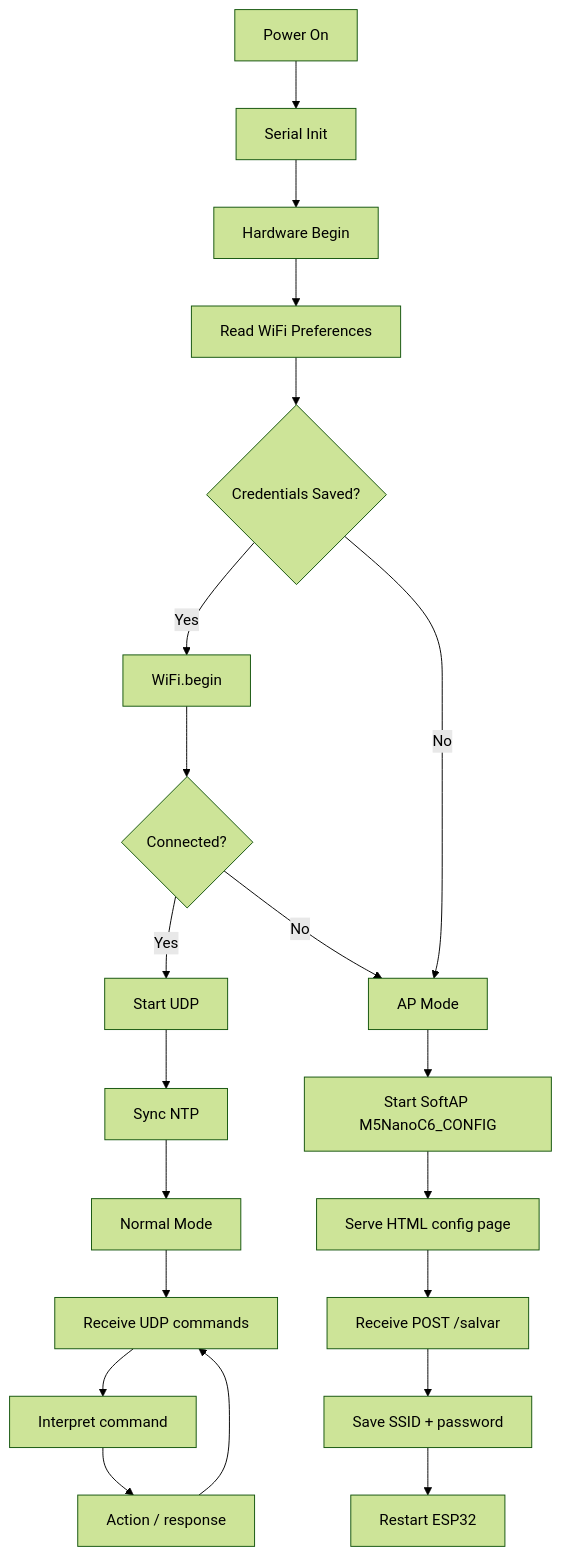
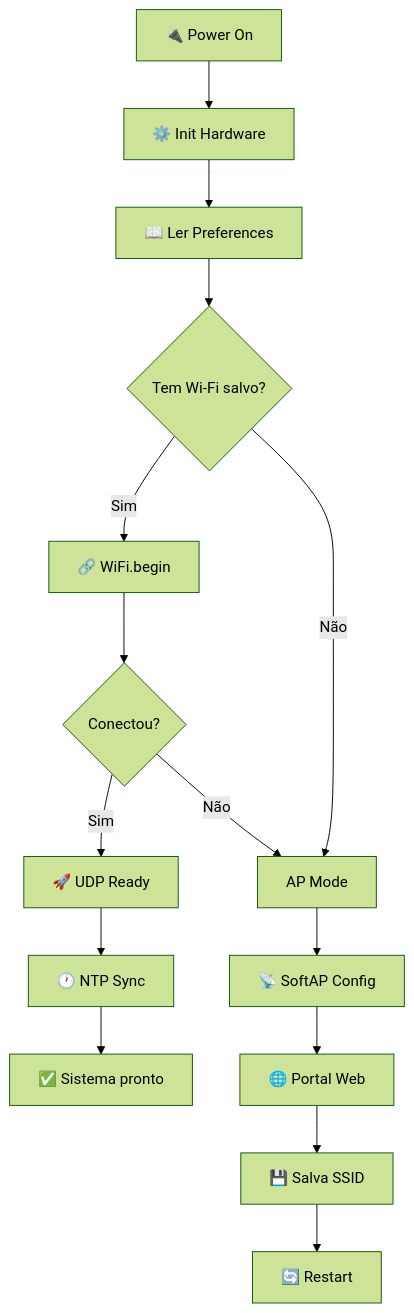
Before and after one commit to paulocfmarques-collab/M5NanoC6_wifi: the diagram in README.md, drawn with Mermaid (forest theme). The commit also changed other lines of this file, not shown here.

````diff
--- a/README.md
+++ b/README.md
@@ -61,28 +244,20 @@
 ```mermaid
-flowchart TD
-    A[Power On] --> B[Serial Init]
-    B --> C[Hardware Begin]
-    C --> D[Read WiFi Preferences]
-    D --> E{Credentials Saved?}
-
-    E -->|Yes| F[WiFi.begin]
-    F --> G{Connected?}
-    G -->|Yes| H[Start UDP]
-    H --> I[Sync NTP]
-    I --> J[Normal Mode]
-
-    G -->|No| K[AP Mode]
-
-    E -->|No| K
-
-    K --> L[Start SoftAP M5NanoC6_CONFIG]
-    L --> M[Serve HTML config page]
-    M --> N[Receive POST /salvar]
-    N --> O[Save SSID + password]
-    O --> P[Restart ESP32]
-
-    J --> Q[Receive UDP commands]
-    Q --> R[Interpret command]
-    R --> S[Action / response]
-    S --> Q
+graph TD
+    A["🔌 Power On"] --> B["⚙️ Init Hardware"]
+    B --> C["📖 Ler Preferences"]
+    C --> D{"Tem Wi-Fi salvo?"}
+    
+    D -->|Sim| E["🔗 WiFi.begin"]
+    E --> F{"Conectou?"}
+    F -->|Sim| G["🚀 UDP Ready"]
+    F -->|Não| H["AP Mode"]
+    
+    D -->|Não| H
+    H --> I["📡 SoftAP Config"]
+    I --> J["🌐 Portal Web"]
+    J --> K["💾 Salva SSID"]
+    K --> L["🔄 Restart"]
+    
+    G --> M["🕐 NTP Sync"]
+    M --> N["✅ Sistema pronto"]
 ```
````
